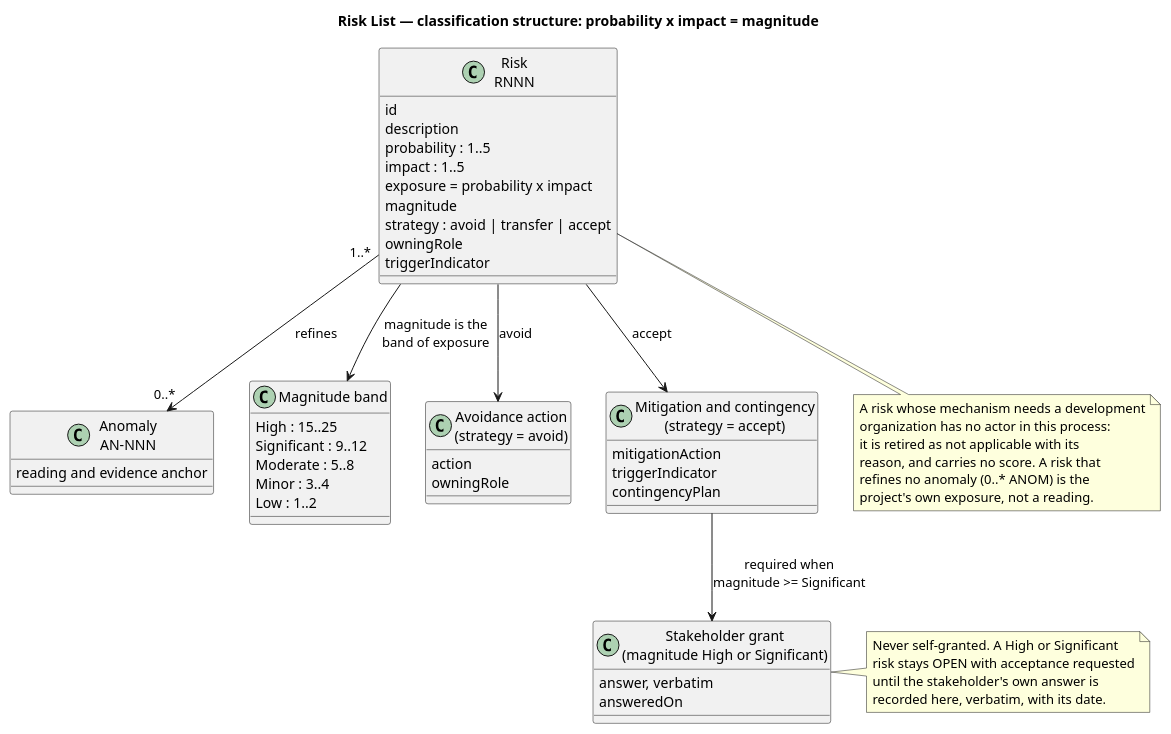
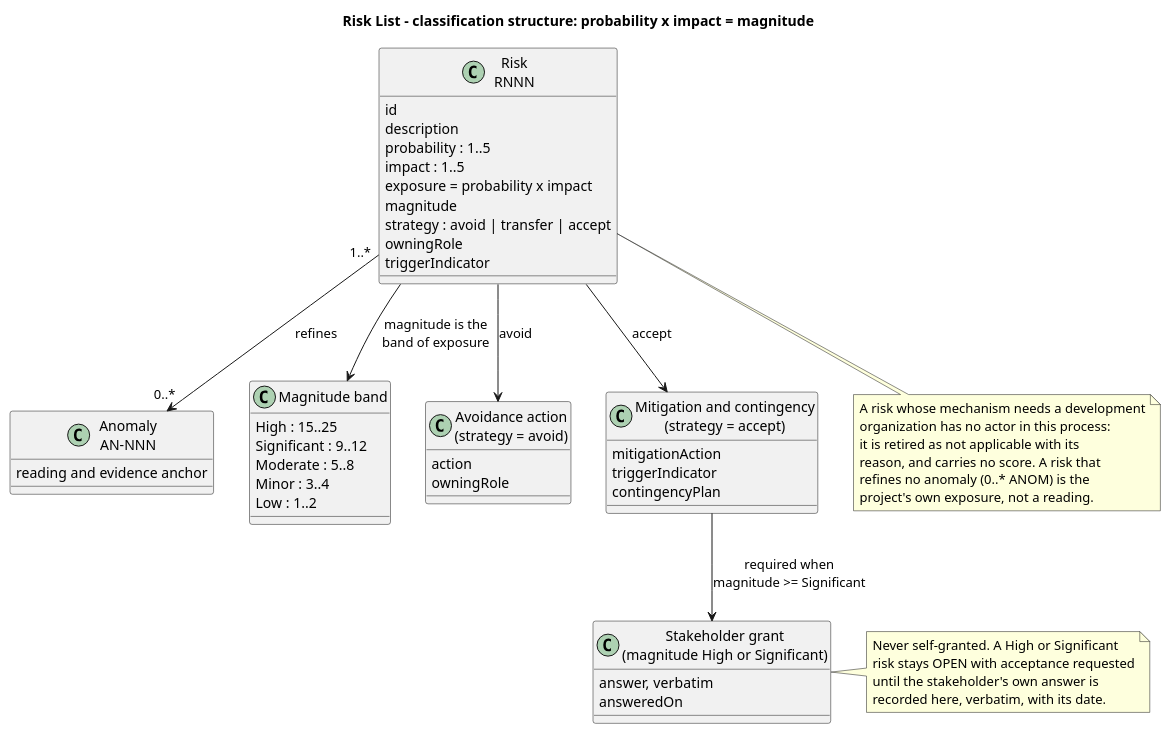
Before and after one commit to banense-test/TodoApp: the first of 2 diagrams in docs/artifacts/project-management/risk-list.md, drawn with PlantUML. The commit also changed other lines of this file, not shown here.

First line of the commit message:
Project Manager [Excavation1]: upsert Risk List

````diff
--- a/docs/artifacts/project-management/risk-list.md
+++ b/docs/artifacts/project-management/risk-list.md
@@ -25,63 +33,63 @@
 ```plantuml
 @startuml
-title Risk List — classification structure: probability x impact = magnitude
+title Risk List - classification structure: probability x impact = magnitude
 skinparam shadowing false
 skinparam classAttributeIconSize 0
 
 class "Risk\nRNNN" as RISK {
   id
   description
   probability : 1..5
   impact : 1..5
   exposure = probability x impact
   magnitude
   strategy : avoid | transfer | accept
   owningRole
   triggerIndicator
 }
 class "Anomaly\nAN-NNN" as ANOM {
   reading and evidence anchor
 }
 class "Magnitude band" as BAND {
   High : 15..25
   Significant : 9..12
   Moderate : 5..8
   Minor : 3..4
   Low : 1..2
 }
 class "Avoidance action\n(strategy = avoid)" as AVOID {
   action
   owningRole
 }
 class "Mitigation and contingency\n(strategy = accept)" as MIT {
   mitigationAction
   triggerIndicator
   contingencyPlan
 }
 class "Stakeholder grant\n(magnitude High or Significant)" as GRANT {
   answer, verbatim
   answeredOn
 }
 
 RISK "1..*" --> "0..*" ANOM : refines
 RISK --> BAND : magnitude is the\nband of exposure
 RISK --> AVOID : avoid
 RISK --> MIT : accept
 MIT --> GRANT : required when\nmagnitude >= Significant
 
 note right of GRANT
   Never self-granted. A High or Significant
   risk stays OPEN with acceptance requested
   until the stakeholder's own answer is
   recorded here, verbatim, with its date.
 end note
 note bottom of RISK
   A risk whose mechanism needs a development
   organization has no actor in this process:
   it is retired as not applicable with its
   reason, and carries no score. A risk that
   refines no anomaly (0..* ANOM) is the
   project's own exposure, not a reading.
 end note
 @enduml
 ```
````
